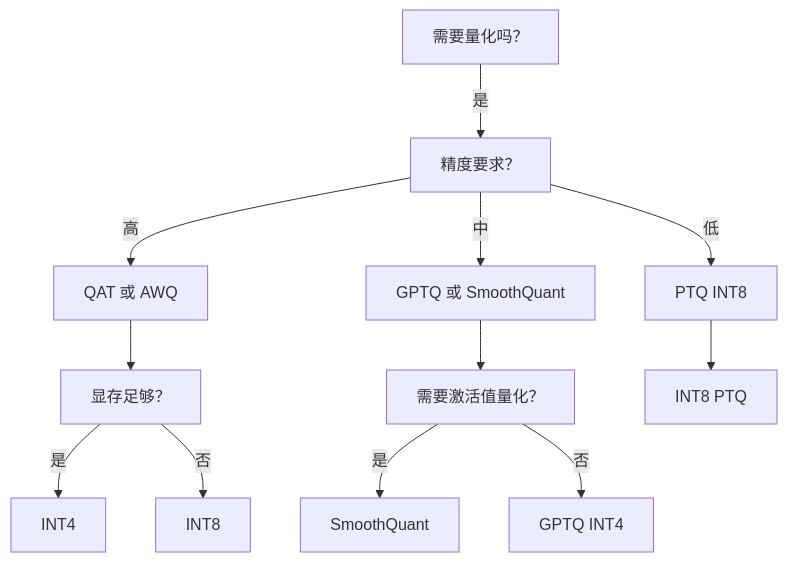
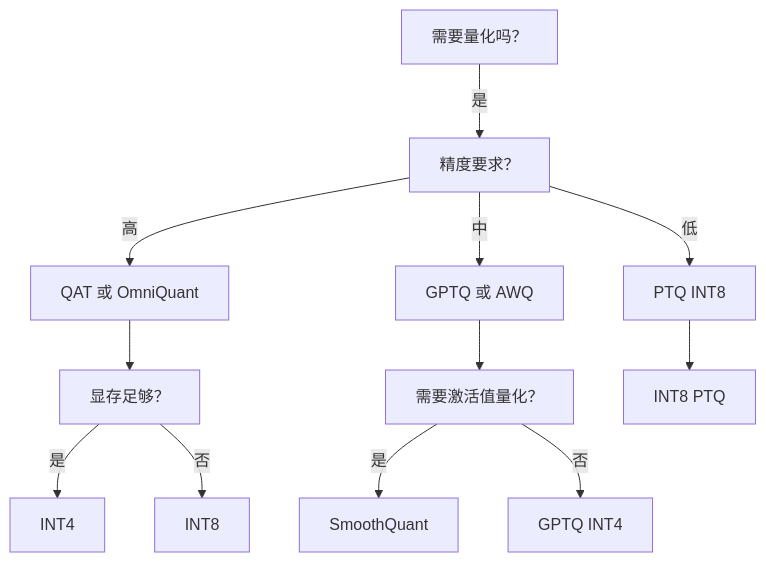
One commit to LudovicoYIN/blog changed the eighth of 8 diagrams in src/content/posts/llm-quantization-algorithms-history.md. Above: the diagram before and after it, drawn with Mermaid. The commit also changed other lines of this file and 3 other files, not shown here.

````diff
--- a/src/content/posts/llm-quantization-algorithms-history.md
+++ b/src/content/posts/llm-quantization-algorithms-history.md
@@ -324,14 +455,14 @@
 ```mermaid
 graph TD
     A[需要量化吗？] -->|是| B[精度要求？]
-    B -->|高| C[QAT 或 AWQ]
-    B -->|中| D[GPTQ 或 SmoothQuant]
+    B -->|高| C[QAT 或 OmniQuant]
+    B -->|中| D[GPTQ 或 AWQ]
     B -->|低| E[PTQ INT8]
     C --> F[显存足够？]
     F -->|是| G[INT4]
     F -->|否| H[INT8]
     D --> I[需要激活值量化？]
     I -->|是| J[SmoothQuant]
     I -->|否| K[GPTQ INT4]
     E --> L[INT8 PTQ]
 ```
````
